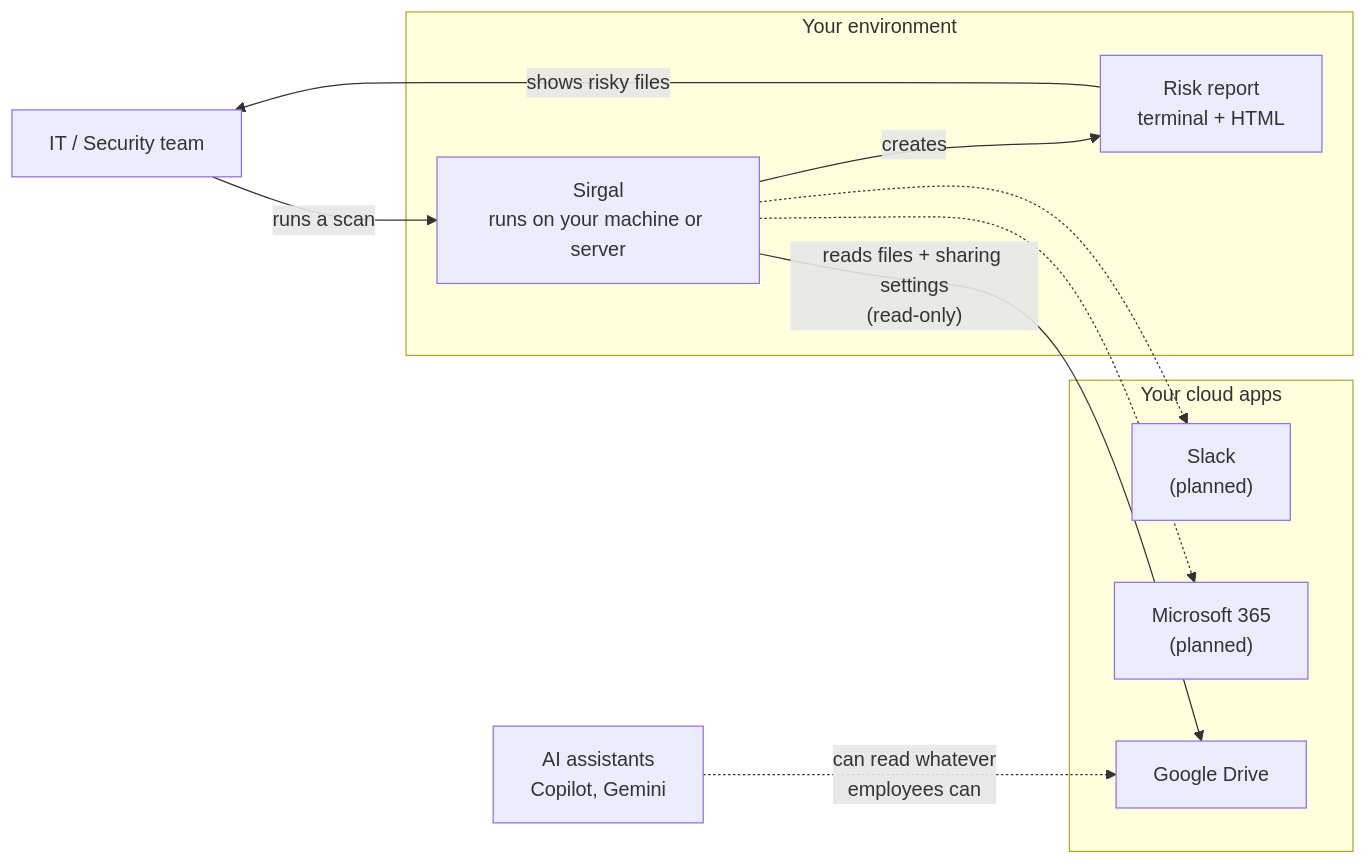
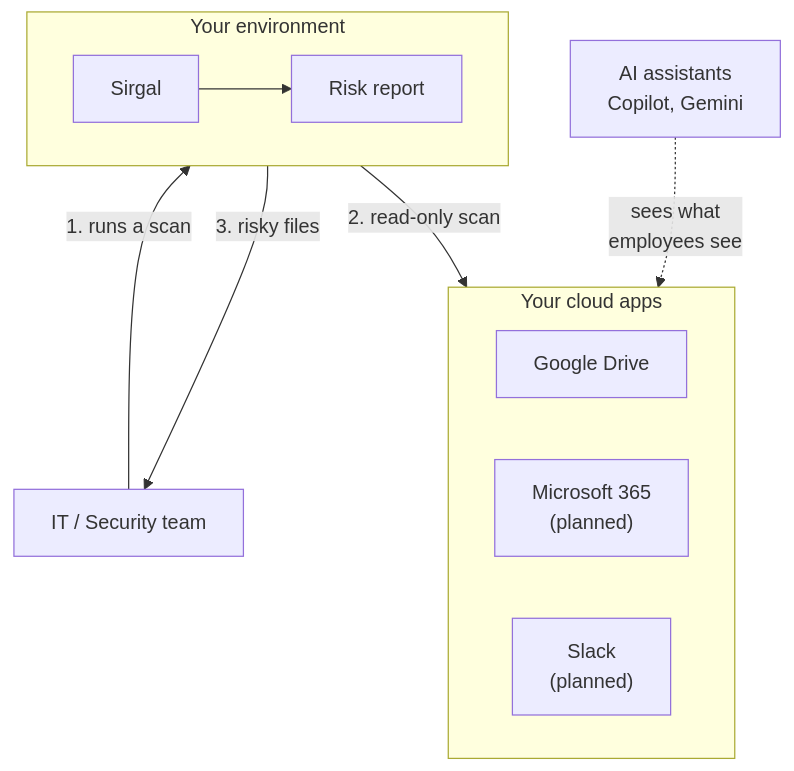
One commit to bilalkumrani/sirgal changed the diagram in README.md. Above: the diagram before and after it, drawn with Mermaid.

Commit message:
Simplify context diagram layout

``````diff
--- a/README.md
+++ b/README.md
@@ -33,25 +33,22 @@
 ```mermaid
-flowchart LR
+flowchart TB
     admin["IT / Security team"]
+    ai["AI assistants<br/>Copilot, Gemini"]
 
     subgraph company["Your environment"]
-        sirgal["Sirgal<br/>runs on your machine or server"]
-        report["Risk report<br/>terminal + HTML"]
+        direction LR
+        sirgal["Sirgal"] --> report["Risk report"]
     end
 
     subgraph apps["Your cloud apps"]
+        direction LR
         gdrive["Google Drive"]
         m365["Microsoft 365<br/>(planned)"]
         slack["Slack<br/>(planned)"]
     end
 
-    ai["AI assistants<br/>Copilot, Gemini"]
-
-    admin -- "runs a scan" --> sirgal
-    sirgal -- "reads files + sharing settings<br/>(read-only)" --> gdrive
-    sirgal -.-> m365
-    sirgal -.-> slack
-    sirgal -- "creates" --> report
-    report -- "shows risky files" --> admin
-    ai -. "can read whatever<br/>employees can" .-> gdrive
-```
+    admin -- "1. runs a scan" --> sirgal
+    sirgal -- "2. read-only scan" --> apps
+    report -- "3. risky files" --> admin
+    ai -. "sees what<br/>employees see" .-> apps
+`````
``````
